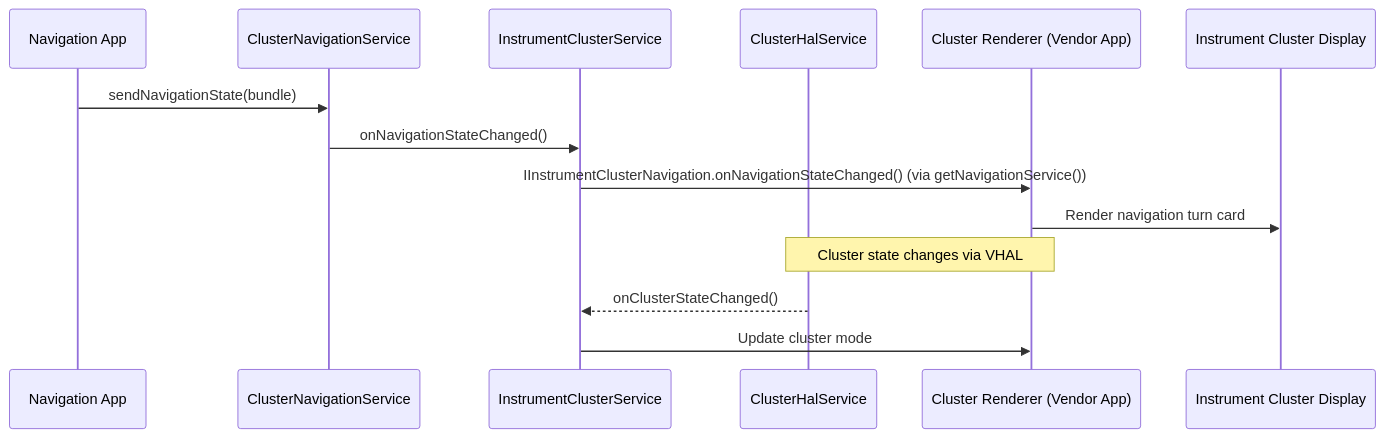
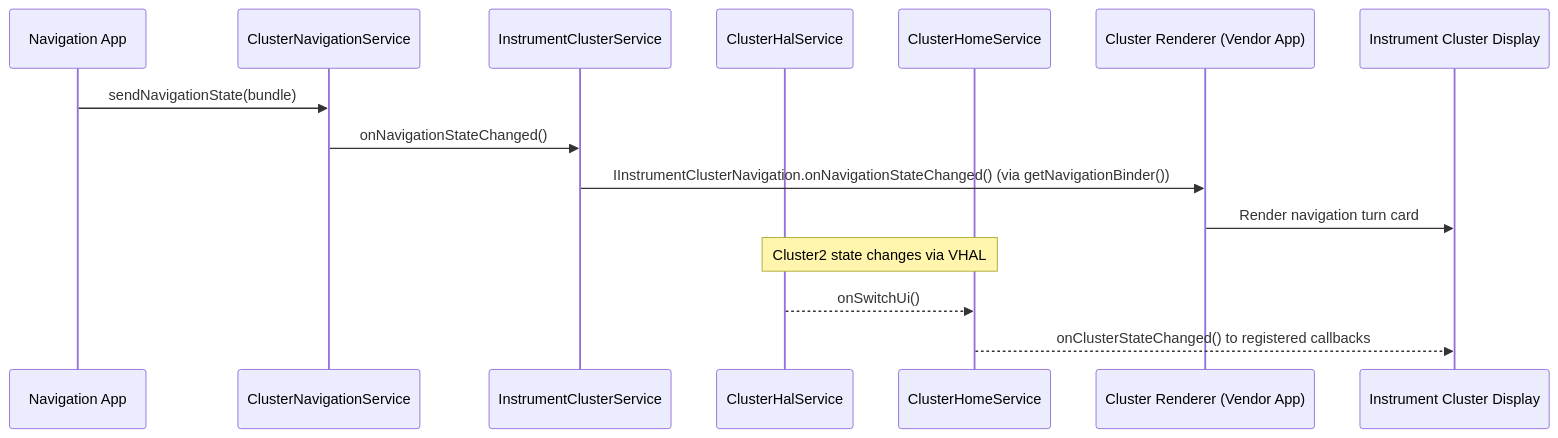
One commit to aospbooks/aosp-internal-book changed the sixth of 47 diagrams in 62-form-factors.md. Above: the diagram before and after it, drawn with Mermaid. The commit also changed other lines of this file and 218 other files, not shown here.

````diff
--- a/62-form-factors.md
+++ b/62-form-factors.md
@@ -680,18 +681,19 @@
 ```mermaid
 sequenceDiagram
     participant NavApp as Navigation App
     participant CNS as ClusterNavigationService
     participant ICS as InstrumentClusterService
     participant CHS as ClusterHalService
+    participant CHomeS as ClusterHomeService
     participant Renderer as Cluster Renderer (Vendor App)
     participant ClusterDisplay as Instrument Cluster Display
 
     NavApp->>CNS: sendNavigationState(bundle)
     CNS->>ICS: onNavigationStateChanged()
-    ICS->>Renderer: IInstrumentClusterNavigation.onNavigationStateChanged() (via getNavigationService())
+    ICS->>Renderer: IInstrumentClusterNavigation.onNavigationStateChanged() (via getNavigationBinder())
     Renderer->>ClusterDisplay: Render navigation turn card
 
-    Note over CHS,Renderer: Cluster state changes via VHAL
-    CHS-->>ICS: onClusterStateChanged()
-    ICS->>Renderer: Update cluster mode
+    Note over CHS,CHomeS: Cluster2 state changes via VHAL
+    CHS-->>CHomeS: onSwitchUi()
+    CHomeS-->>ClusterDisplay: onClusterStateChanged() to registered callbacks
 ```
````
